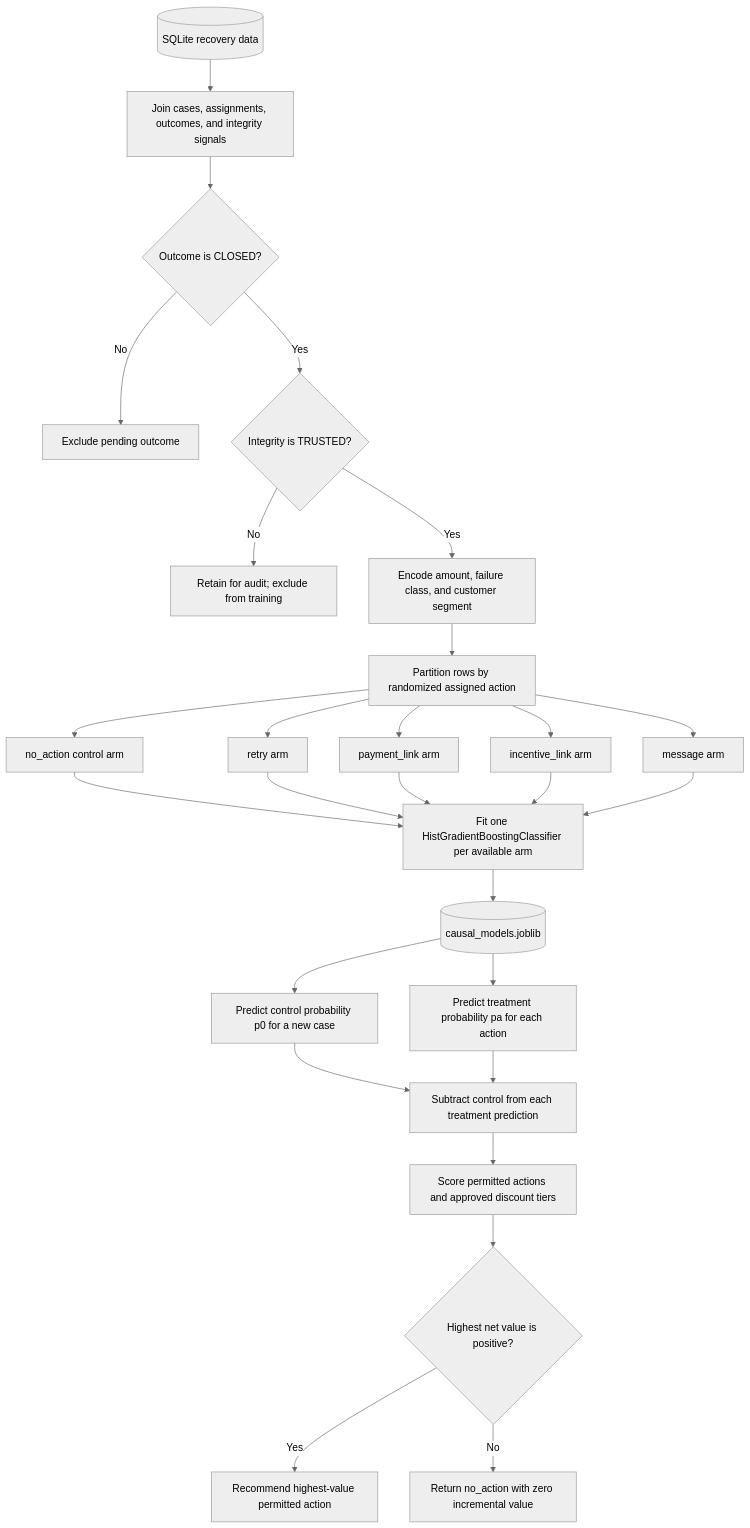
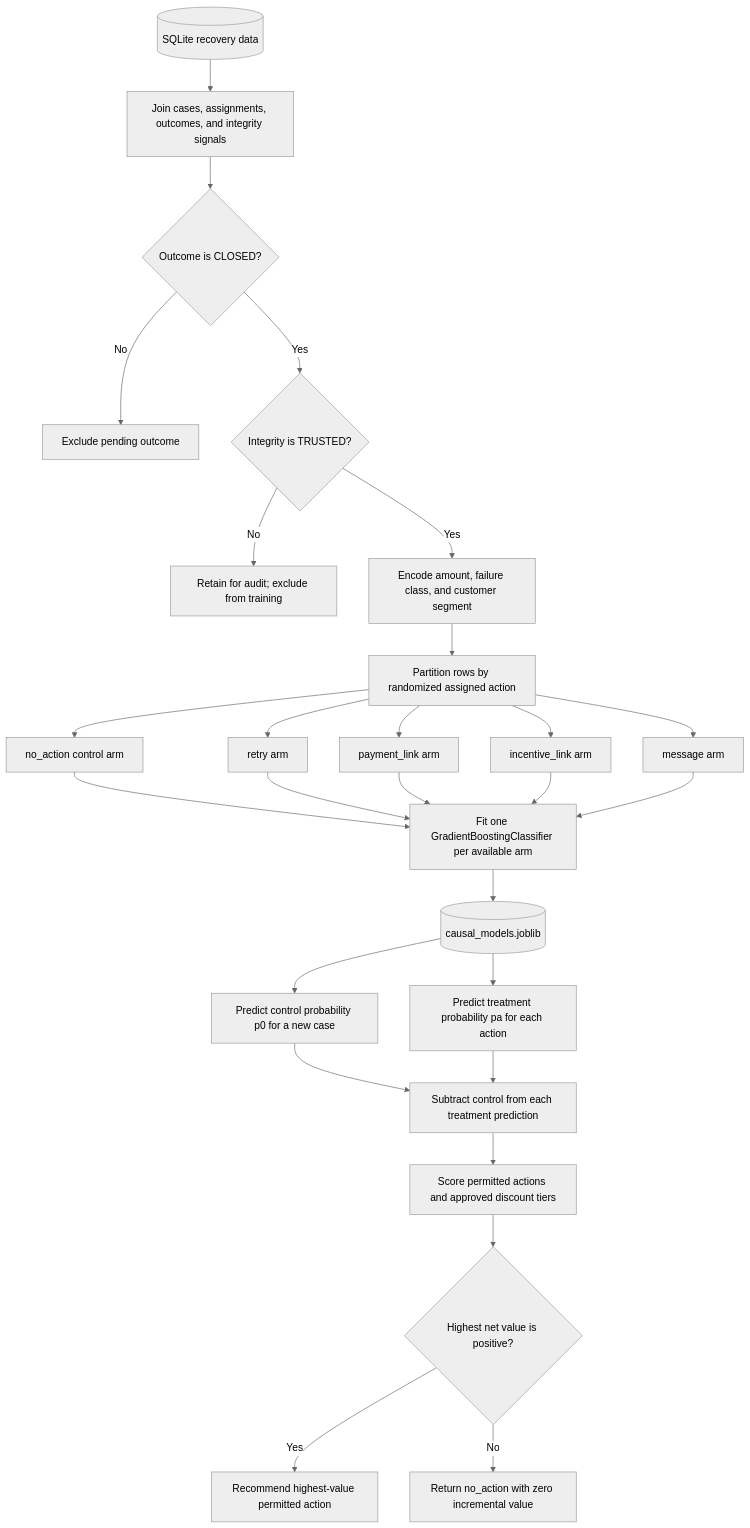
Before and after one commit to oceancream777/RecovPilot: the fourth of 6 diagrams in README.md, drawn with Mermaid (neutral theme). The commit also changed other lines of this file and 26 other files, not shown here.

````diff
--- a/README.md
+++ b/README.md
@@ -166,29 +213,29 @@
 ```mermaid
 flowchart TD
     A[(SQLite recovery data)] --> B[Join cases, assignments, outcomes, and integrity signals]
     B --> C{Outcome is CLOSED?}
     C -->|No| X1[Exclude pending outcome]
     C -->|Yes| D{Integrity is TRUSTED?}
     D -->|No| X2[Retain for audit; exclude from training]
     D -->|Yes| E[Encode amount, failure class, and customer segment]
     E --> F[Partition rows by randomized assigned action]
     F --> G0[no_action control arm]
     F --> G1[retry arm]
     F --> G2[payment_link arm]
     F --> G3[incentive_link arm]
     F --> G4[message arm]
-    G0 --> H[Fit one HistGradientBoostingClassifier per available arm]
+    G0 --> H[Fit one GradientBoostingClassifier per available arm]
     G1 --> H
     G2 --> H
     G3 --> H
     G4 --> H
     H --> I[(causal_models.joblib)]
     I --> J[Predict control probability p0 for a new case]
     I --> K[Predict treatment probability pa for each action]
     J --> L[Subtract control from each treatment prediction]
     K --> L
     L --> M[Score permitted actions and approved discount tiers]
     M --> N{Highest net value is positive?}
     N -->|Yes| O[Recommend highest-value permitted action]
     N -->|No| P[Return no_action with zero incremental value]
 ```
````
